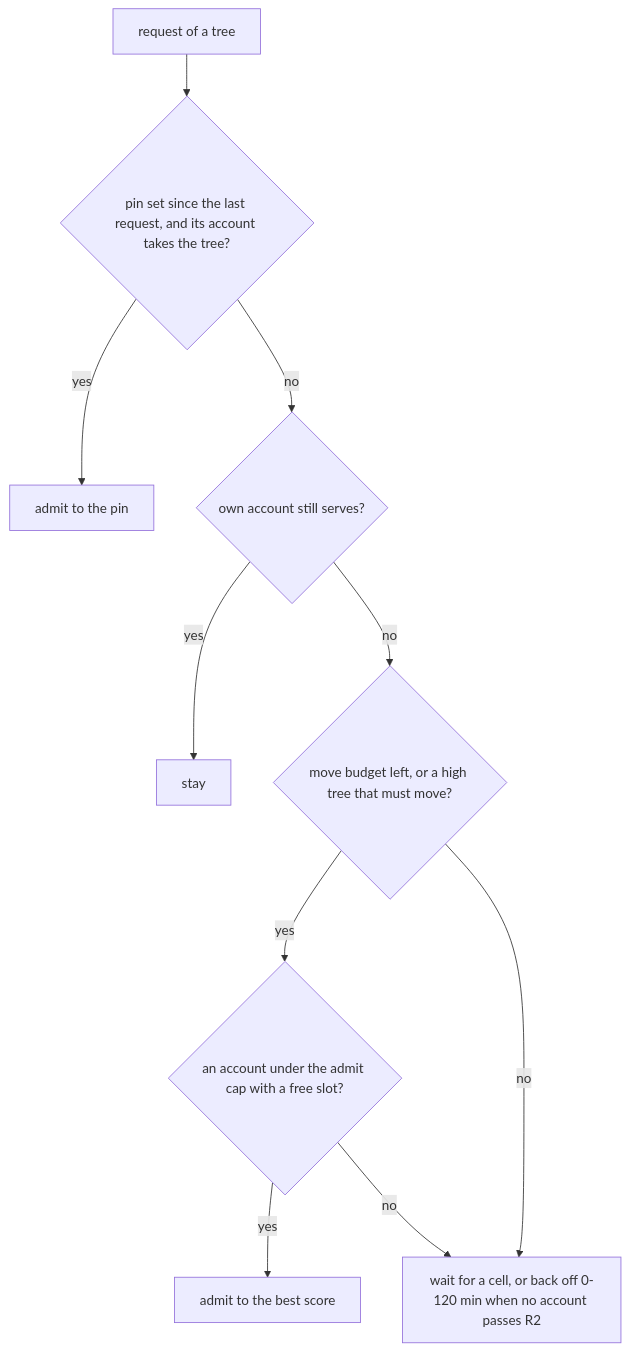
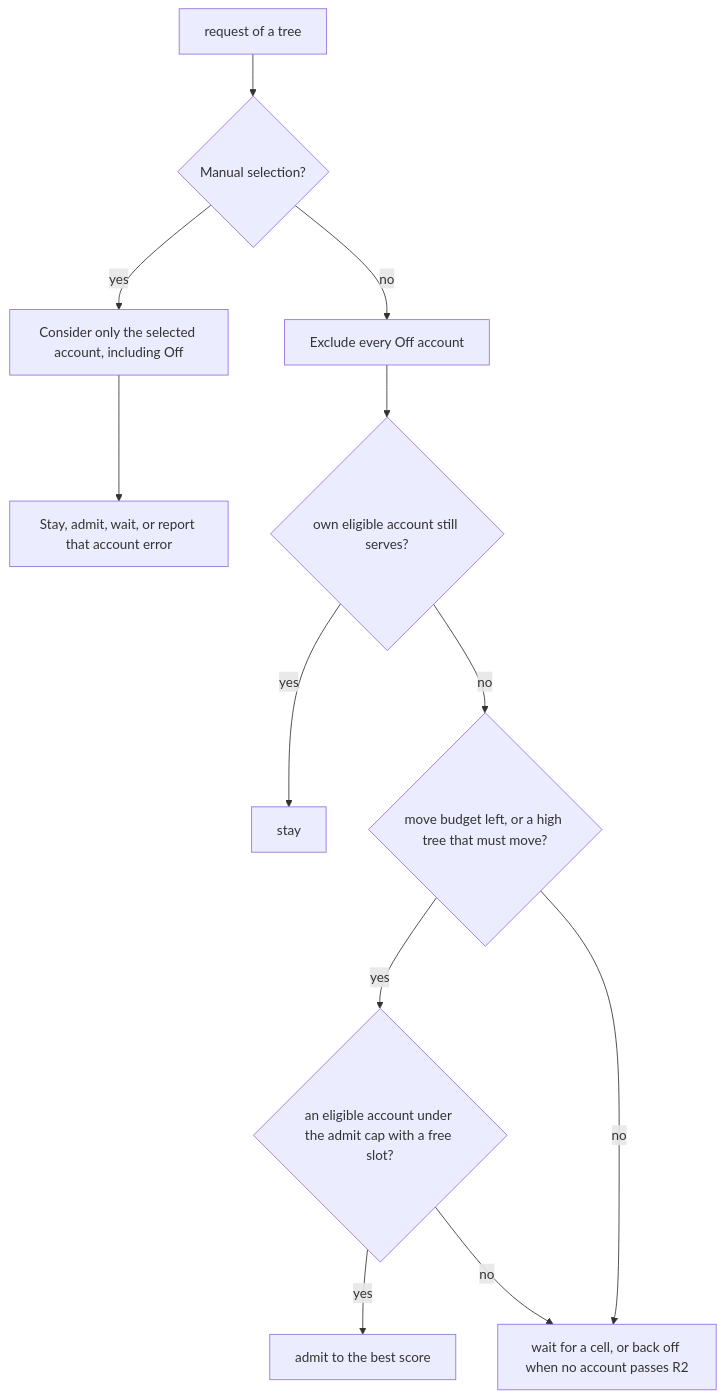
The diagram in components/pi-pool/README.md (sieu-n/sieun-pi), drawn with Mermaid before and after one commit. The commit also changed other lines of this file and 36 other files, not shown here.

````diff
--- a/components/pi-pool/README.md
+++ b/components/pi-pool/README.md
@@ -344,12 +350,14 @@
 ```mermaid
 flowchart TD
-  R[request of a tree] --> P{pin set since the last request, and its account takes the tree?}
-  P -- yes --> A[admit to the pin]
-  P -- no --> S{own account still serves?}
+  R[request of a tree] --> M{Manual selection?}
+  M -- yes --> P[Consider only the selected account, including Off]
+  P --> A[Stay, admit, wait, or report that account error]
+  M -- no --> E[Exclude every Off account]
+  E --> S{own eligible account still serves?}
   S -- yes --> STAY[stay]
   S -- no --> B{move budget left, or a high tree that must move?}
-  B -- yes --> C{an account under the admit cap with a free slot?}
+  B -- yes --> C{an eligible account under the admit cap with a free slot?}
   B -- no --> W
   C -- yes --> A2[admit to the best score]
-  C -- no --> W[wait for a cell, or back off 0-120 min when no account passes R2]
+  C -- no --> W[wait for a cell, or back off when no account passes R2]
 ```
````
